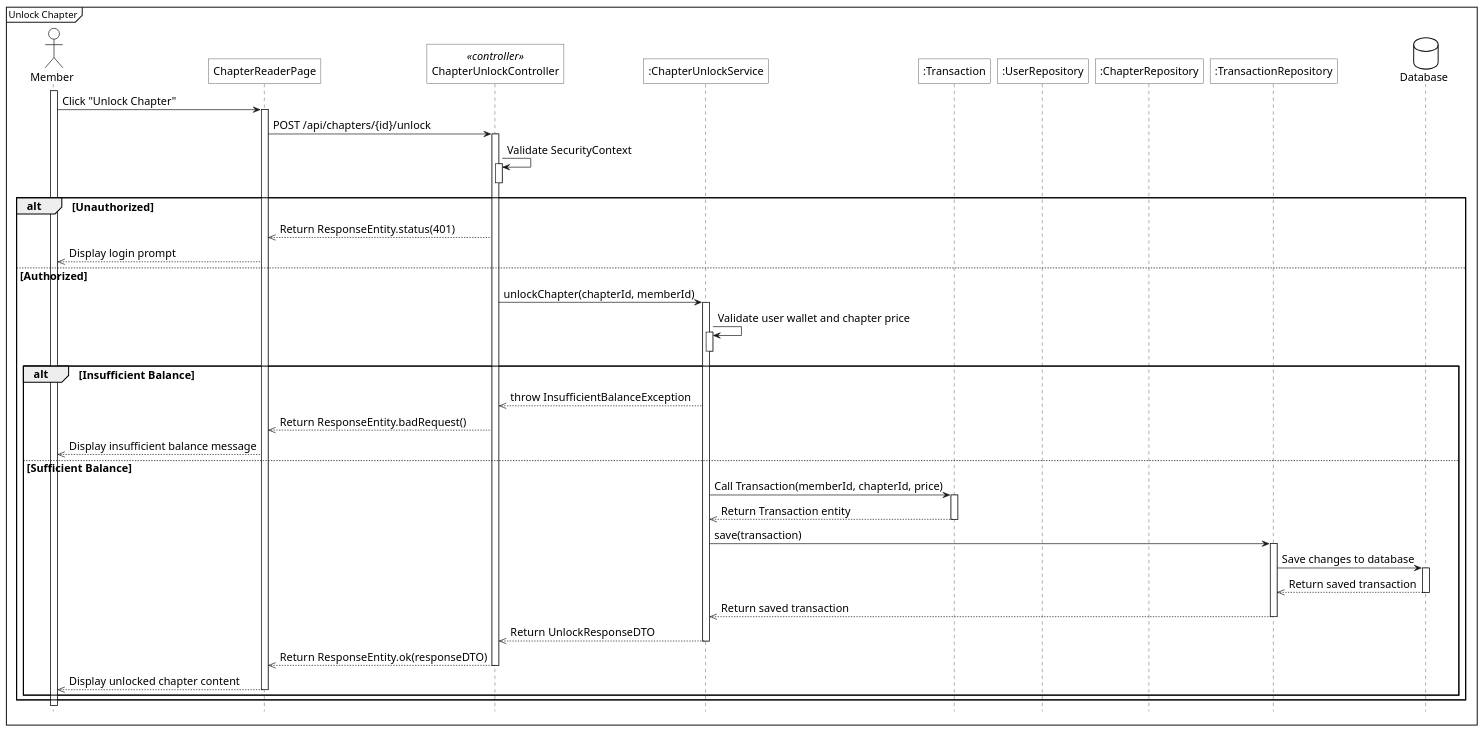
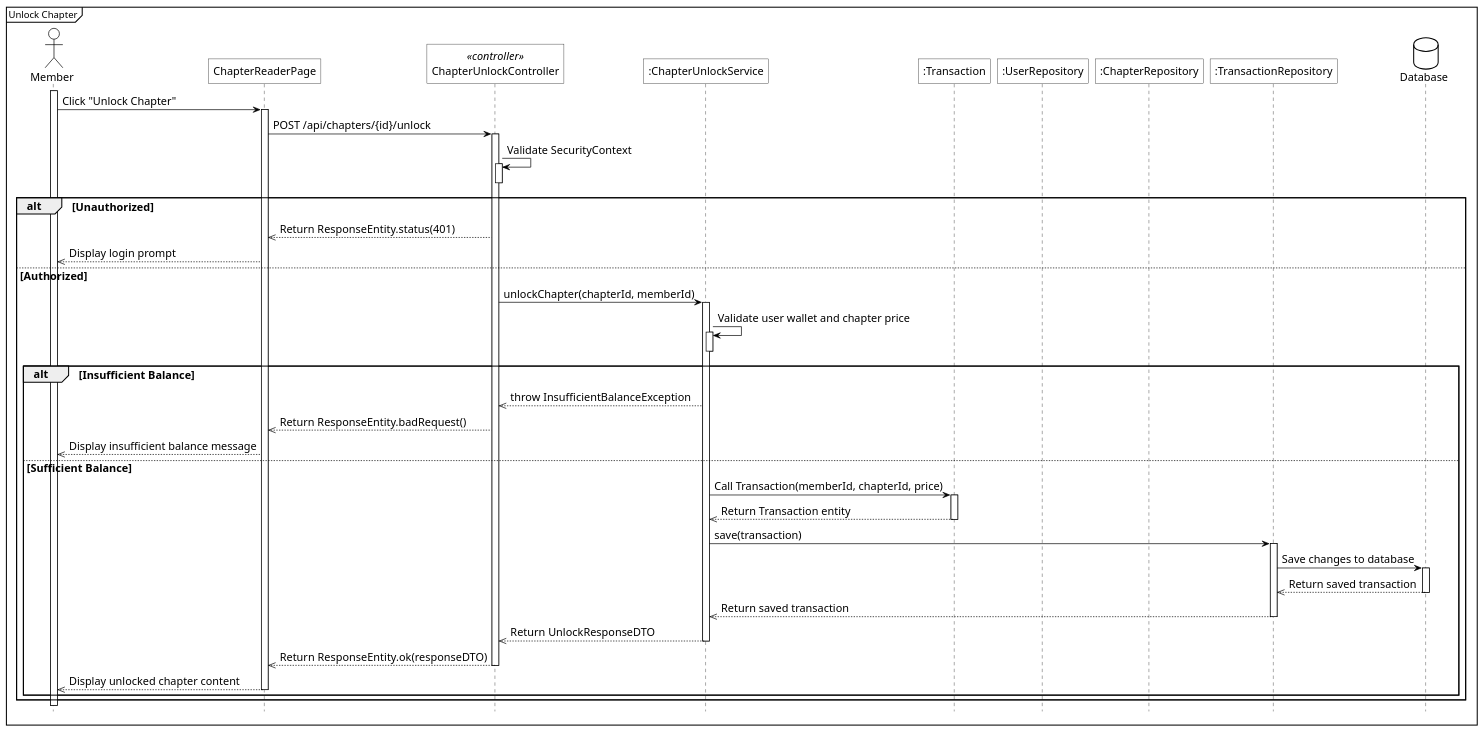
Diagram 17 of 17 in .agents/skills/plantuml_sequence_diagram/SKILL.md (Phuoctai228/tram-truyen), drawn with PlantUML before and after one commit. The commit also changed other lines of this file and 20 other files, not shown here.

Commit message:
sequence đen vcl

````diff
--- a/.agents/skills/plantuml_sequence_diagram/SKILL.md
+++ b/.agents/skills/plantuml_sequence_diagram/SKILL.md
@@ -572,64 +612,70 @@
 ```plantuml
 @startuml sq_unlock_chapter
 <style>
+    root {
+        LineColor black
+    }
     sequenceDiagram{
+        LineColor black
         FontSize 16
-        arrow { MaximumWidth 300 }
-        actor{ BackgroundColor white; LineThickness 1.0 }
-        participant{ BackgroundColor white; RoundCorner 0 }
-        database{ BackgroundColor white }
+        arrow { LineColor black; MaximumWidth 300 }
+        actor{ LineColor black; BackgroundColor white; LineThickness 1.0 }
+        participant{ LineColor black; BackgroundColor white; RoundCorner 0 }
+        database{ LineColor black; BackgroundColor white }
+        lifeLine{ LineColor black; BackgroundColor white }
     }
 </style>
+skinparam monochrome true
 
 hide footbox
 mainframe Unlock Chapter
 
 actor Member as act
 participant "ChapterReaderPage" as view
 participant "ChapterUnlockController" as ctrl <<controller>>
 participant ":ChapterUnlockService" as svc
 participant ":Transaction" as tx
 participant ":UserRepository" as user_repo
 participant ":ChapterRepository" as chapter_repo
 participant ":TransactionRepository" as tx_repo
 database Database as db
 
 act ++
 
 act -> view++: Click "Unlock Chapter"
 view -> ctrl++: POST /api/chapters/{id}/unlock
 
 ctrl -> ctrl++: Validate SecurityContext
 ctrl--
 alt Unauthorized
     ctrl -->> view: Return ResponseEntity.status(401)
     view -->> act: Display login prompt
 else Authorized
     ctrl -> svc++: unlockChapter(chapterId, memberId)
 
     svc -> svc++: Validate user wallet and chapter price
     svc--
     alt Insufficient Balance
         svc -->> ctrl: throw InsufficientBalanceException
         ctrl -->> view: Return ResponseEntity.badRequest()
         view -->> act: Display insufficient balance message
     else Sufficient Balance
         svc -> tx++: Call Transaction(memberId, chapterId, price)
         tx -->> svc--: Return Transaction entity
 
         svc -> tx_repo++: save(transaction)
         tx_repo -> db++: Save changes to database
         db -->> tx_repo: Return saved transaction
         db--
         tx_repo -->> svc: Return saved transaction
         tx_repo--
 
         svc -->> ctrl--: Return UnlockResponseDTO
 
         ctrl -->> view--: Return ResponseEntity.ok(responseDTO)
         view -->> act--: Display unlocked chapter content
     end
 end
 
 @enduml
 ```
````
